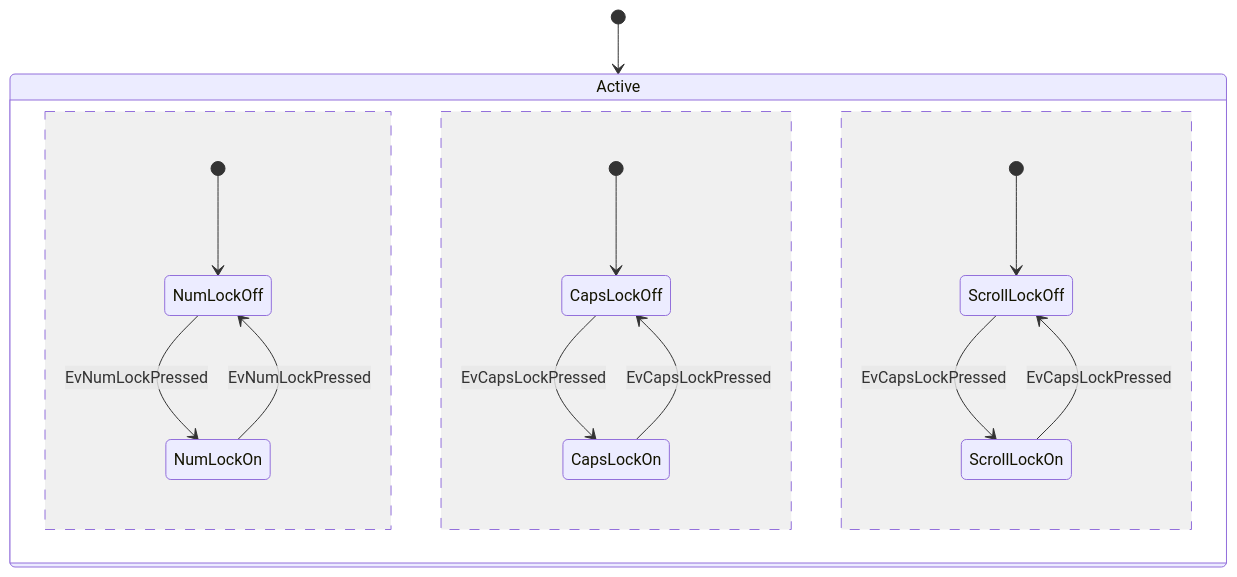
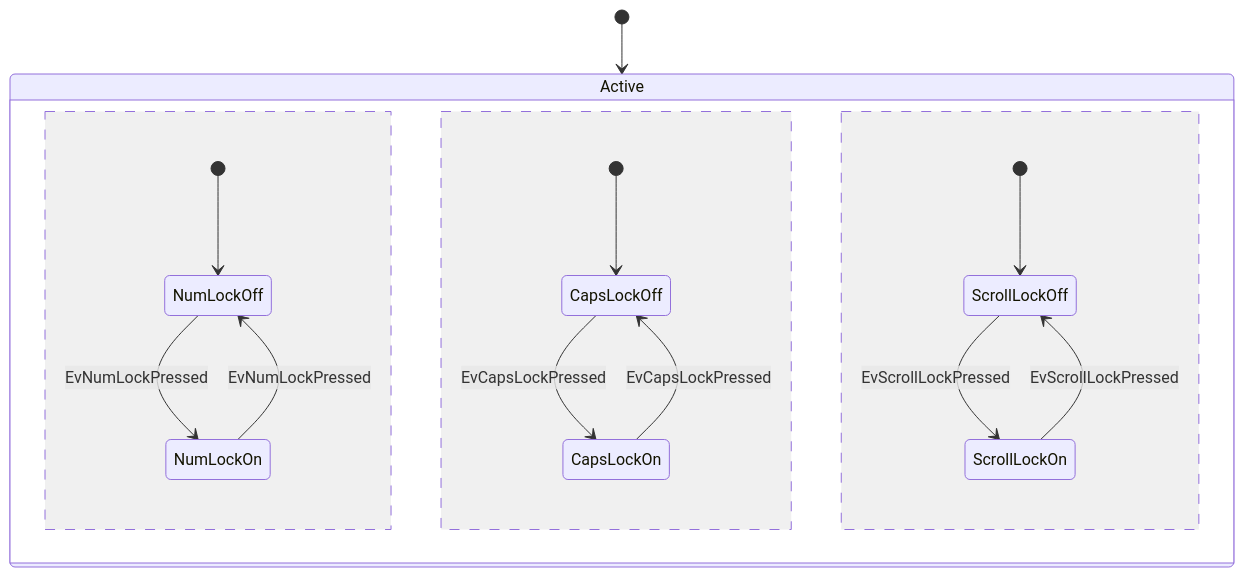
Before and after one commit to mermaid-js/mermaid: diagram 14 of 14 in docs/stateDiagram.md, drawn with Mermaid. The commit also changed other lines of this file, not shown here.

Commit message:
docs: update wrong event name in Concurrency section.

````diff
--- a/docs/stateDiagram.md
+++ b/docs/stateDiagram.md
@@ -316,18 +316,18 @@
 ```mermaid
 stateDiagram-v2
     [*] --> Active
 
     state Active {
         [*] --> NumLockOff
         NumLockOff --> NumLockOn : EvNumLockPressed
         NumLockOn --> NumLockOff : EvNumLockPressed
         --
         [*] --> CapsLockOff
         CapsLockOff --> CapsLockOn : EvCapsLockPressed
         CapsLockOn --> CapsLockOff : EvCapsLockPressed
         --
         [*] --> ScrollLockOff
-        ScrollLockOff --> ScrollLockOn : EvCapsLockPressed
-        ScrollLockOn --> ScrollLockOff : EvCapsLockPressed
+        ScrollLockOff --> ScrollLockOn : EvScrollLockPressed
+        ScrollLockOn --> ScrollLockOff : EvScrollLockPressed
     }
 ```
````
